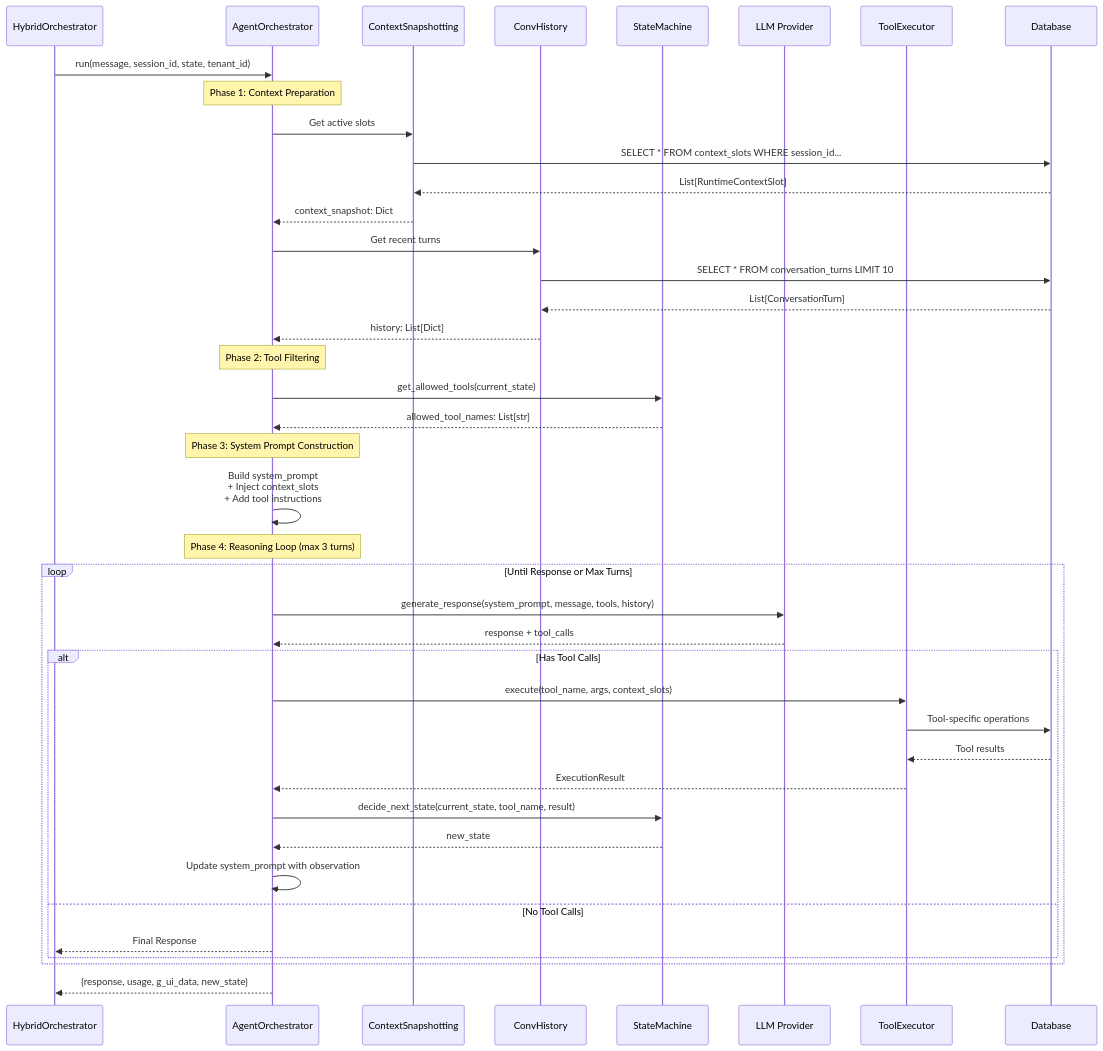
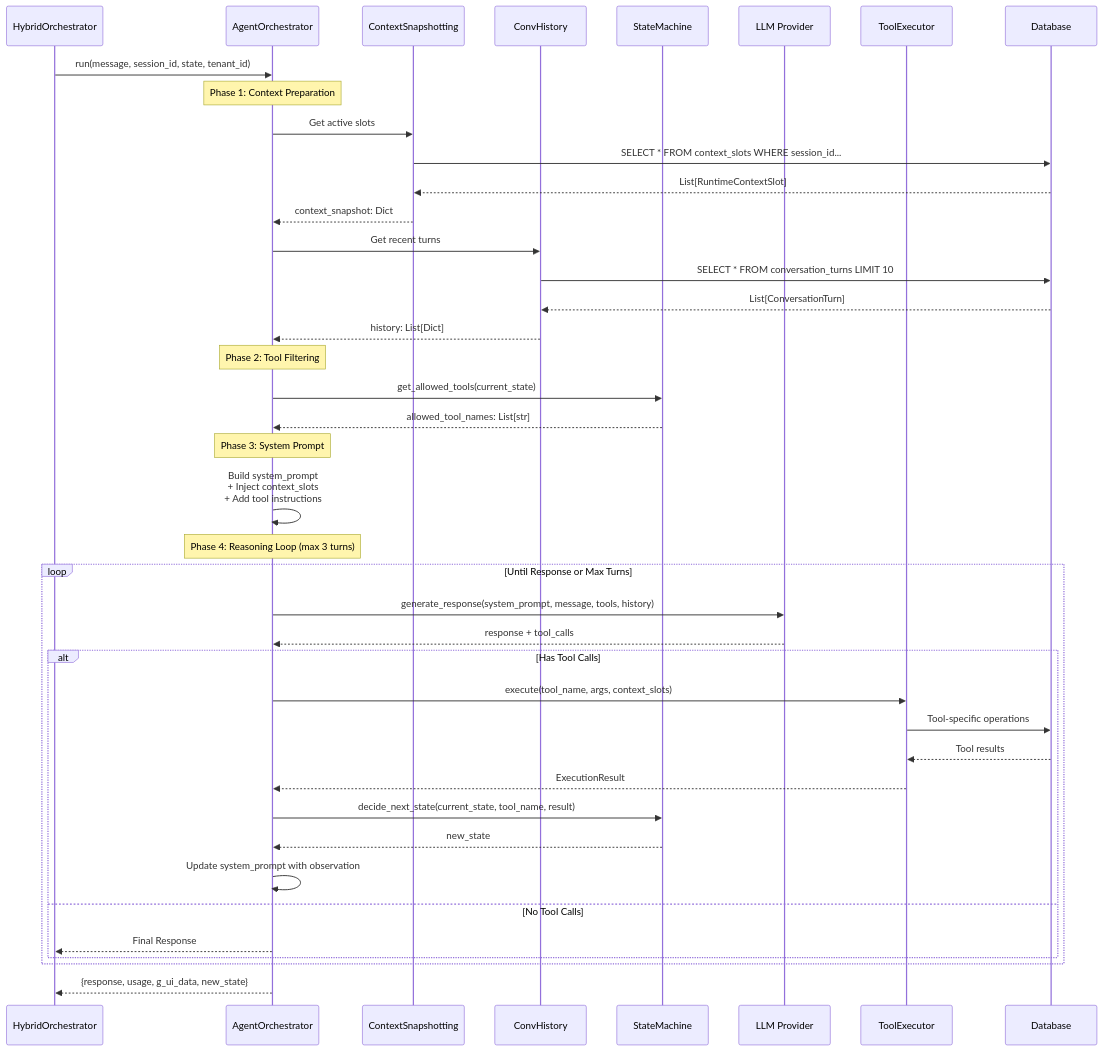
The third of 5 diagrams in hub_generic_sales_platform/docs/CANON/SYSTEM_FLOW.md (dungnt2508/hub), drawn with Mermaid before and after one commit. The commit also changed other lines of this file and 13 other files, not shown here.

````diff
--- a/hub_generic_sales_platform/docs/CANON/SYSTEM_FLOW.md
+++ b/hub_generic_sales_platform/docs/CANON/SYSTEM_FLOW.md
@@ -78,51 +88,51 @@
 ```mermaid
 sequenceDiagram
     participant Hybrid as HybridOrchestrator
     participant Agent as AgentOrchestrator
     participant Context as ContextSnapshotting
     participant History as ConvHistory
     participant SM as StateMachine
     participant LLM as LLM Provider
     participant Tools as ToolExecutor
     participant DB as Database
-    
+
     Hybrid->>Agent: run(message, session_id, state, tenant_id)
-    
+
     Note over Agent: Phase 1: Context Preparation
     Agent->>Context: Get active slots
     Context->>DB: SELECT * FROM context_slots WHERE session_id...
     DB-->>Context: List[RuntimeContextSlot]
     Context-->>Agent: context_snapshot: Dict
-    
+
     Agent->>History: Get recent turns
     History->>DB: SELECT * FROM conversation_turns LIMIT 10
     DB-->>History: List[ConversationTurn]
     History-->>Agent: history: List[Dict]
-    
+
     Note over Agent: Phase 2: Tool Filtering
     Agent->>SM: get_allowed_tools(current_state)
     SM-->>Agent: allowed_tool_names: List[str]
-    
-    Note over Agent: Phase 3: System Prompt Construction
+
+    Note over Agent: Phase 3: System Prompt
     Agent->>Agent: Build system_prompt<br/>+ Inject context_slots<br/>+ Add tool instructions
-    
+
     Note over Agent: Phase 4: Reasoning Loop (max 3 turns)
     loop Until Response or Max Turns
         Agent->>LLM: generate_response(system_prompt, message, tools, history)
         LLM-->>Agent: response + tool_calls
-        
+
         alt Has Tool Calls
             Agent->>Tools: execute(tool_name, args, context_slots)
             Tools->>DB: Tool-specific operations
             DB-->>Tools: Tool results
             Tools-->>Agent: ExecutionResult
             Agent->>SM: decide_next_state(current_state, tool_name, result)
             SM-->>Agent: new_state
             Agent->>Agent: Update system_prompt with observation
         else No Tool Calls
             Agent-->>Hybrid: Final Response
         end
     end
-    
+
     Agent-->>Hybrid: {response, usage, g_ui_data, new_state}
 ```
````
